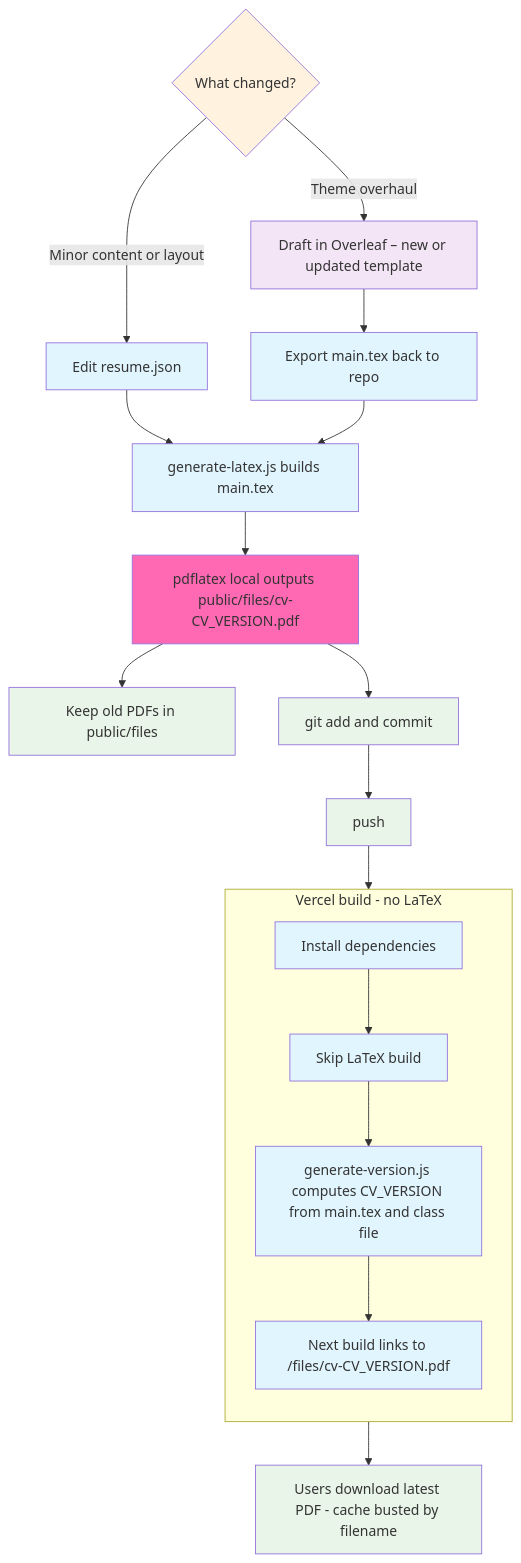
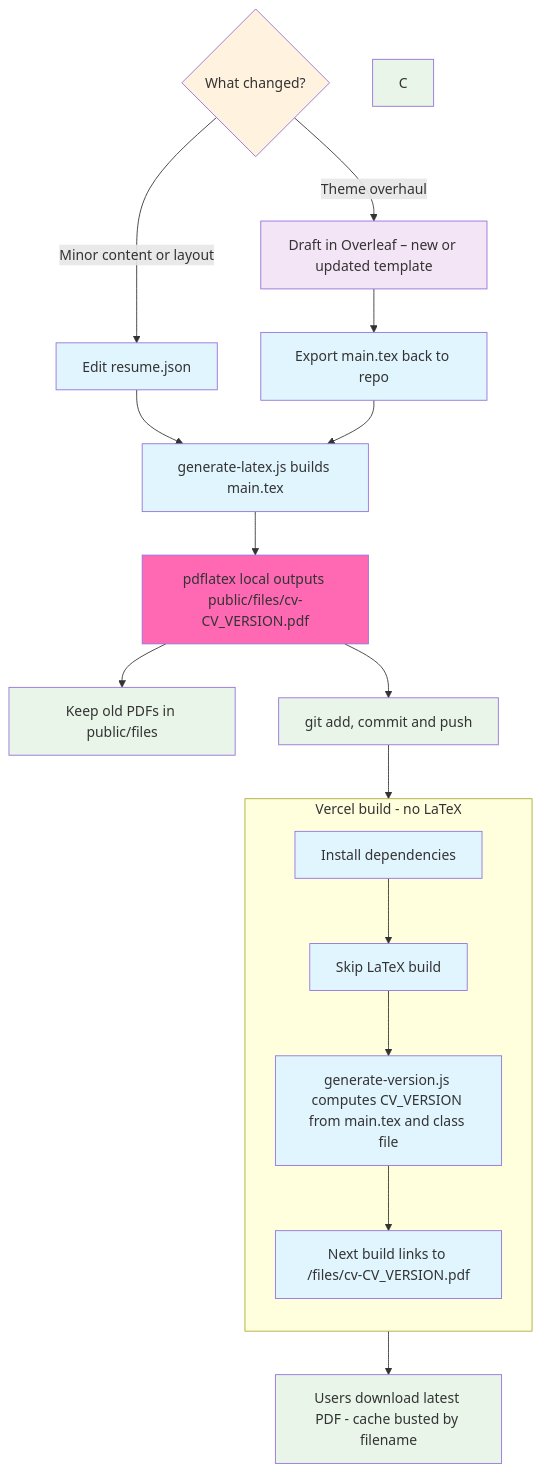
The diagram in content/cv-sync-latex.mdx (sainsw/ainsworth.dev), drawn with Mermaid before and after one commit.

Commit message:
Streamline mermaid diagram in CV generation documentation by consolidating the 'git add, commit and push' steps for improved clarity and efficiency.

````diff
--- a/content/cv-sync-latex.mdx
+++ b/content/cv-sync-latex.mdx
@@ -16,48 +16,47 @@
 ```mermaid
 flowchart TB
   %% no parens, top-down, theme-friendly fills that your MermaidClient maps for dark mode
 
   %% Change type
   D{"What changed?"}
 
   %% Minor change path
   A["Edit resume.json"] --> G["generate-latex.js builds main.tex"]
   D -- "Minor content or layout" --> A
 
   %% Theme overhaul path
   O["Draft in Overleaf – new or updated template"] --> O2["Export main.tex back to repo"] --> G
   D -- "Theme overhaul" --> O
 
   %% Build PDF locally
   G --> P["pdflatex local outputs public/files/cv-CV_VERSION.pdf"]
   P --> K["Keep old PDFs in public/files"]
-  P --> C["git add and commit"]
-  C --> U["push"]
+  P --> U["git add, commit and push"]
 
   %% Vercel side
   subgraph VercelBuild["Vercel build - no LaTeX"]
     direction TB
     V1["Install dependencies"] --> V2["Skip LaTeX build"]
     V2 --> V3["generate-version.js computes CV_VERSION from main.tex and class file"]
     V3 --> V4["Next build links to /files/cv-CV_VERSION.pdf"]
   end
 
   U --> V1
   V4 --> S["Users download latest PDF - cache busted by filename"]
 
   %% Theme-aware fills (these hexes are auto-mapped by your MermaidClient in dark mode)
   style D fill:#fff3e0
   style A fill:#e1f5fe
   style G fill:#e1f5fe
   style O fill:#f3e5f5
   style O2 fill:#e1f5fe
   style P fill:#ff69b4
   style K fill:#e8f5e8
   style C fill:#e8f5e8
   style U fill:#e8f5e8
   style V1 fill:#e1f5fe
   style V2 fill:#e1f5fe
   style V3 fill:#e1f5fe
   style V4 fill:#e1f5fe
   style S fill:#e8f5e8
 ```
````
